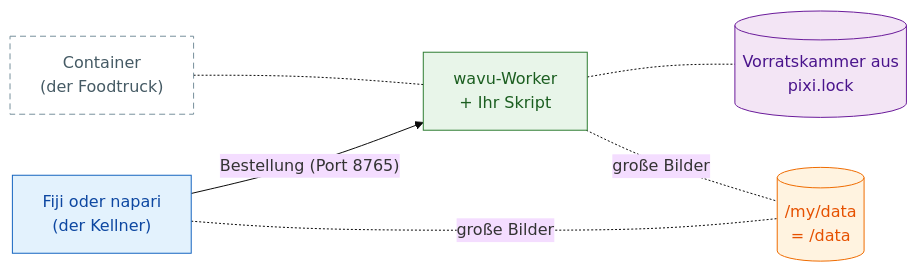
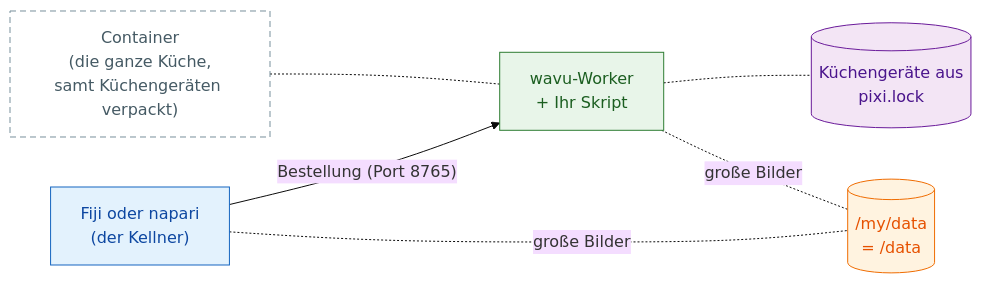
Before and after one commit to Oxford-Zeiss-Centre-of-Excellence/Wavu: the diagram in guide/write/container.de.md, drawn with Mermaid (base theme). The commit also changed other lines of this file and 221 other files, not shown here.

````diff
--- a/guide/write/container.de.md
+++ b/guide/write/container.de.md
@@ -12,19 +13,19 @@
 ```mermaid
 flowchart LR
     V["Fiji oder napari<br/>(der Kellner)"]:::fiji
-    T["Container<br/>(der Foodtruck)"]:::box
+    T["Container<br/>(die ganze Küche,<br/>samt Küchengeräten verpackt)"]:::box
     W["wavu-Worker<br/>+ Ihr Skript"]:::worker
-    E[("Vorratskammer aus<br/>pixi.lock")]:::env
+    E[("Küchengeräte aus<br/>pixi.lock")]:::env
     D[("/my/data<br/>= /data")]:::script
     V -- "Bestellung (Port 8765)" --> W
     T -.- W
     W -.- E
     V -.-|große Bilder| D
     W -.-|große Bilder| D
 
     classDef fiji   fill:#e3f2fd,stroke:#1565c0,color:#0d47a1
     classDef worker fill:#e8f5e9,stroke:#2e7d32,color:#1b5e20
     classDef script fill:#fff3e0,stroke:#ef6c00,color:#e65100
     classDef env    fill:#f3e5f5,stroke:#6a1b9a,color:#4a148c
     classDef box    fill:#ffffff,stroke:#78909c,stroke-dasharray: 6 4,color:#455a64
 ```
````
